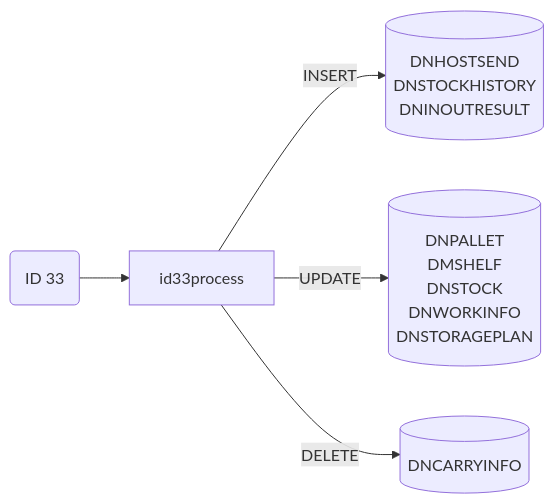
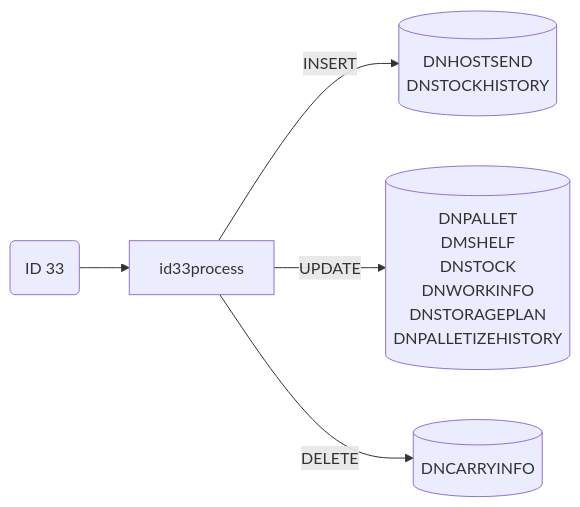
One commit to luthfiadityaa/SimeDarby-Wiki changed the second of 2 diagrams in Basic-Design/DFD-WMS/Storage/Palletizing-Settting/Batch-End.md. Above: the diagram before and after it, drawn with Mermaid.

Commit message:
Updated Batch End

```diff
--- a/Basic-Design/DFD-WMS/Storage/Palletizing-Settting/Batch-End.md
+++ b/Basic-Design/DFD-WMS/Storage/Palletizing-Settting/Batch-End.md
@@ -171,28 +171,28 @@
 ::: mermaid
 flowchart LR
 
 id33("
 ID 33
 ")
 
 id33-insert[("
 DNHOSTSEND
 DNSTOCKHISTORY
-DNINOUTRESULT
 ")]
 id33-update[("
 DNPALLET
 DMSHELF
 DNSTOCK
 DNWORKINFO
 DNSTORAGEPLAN
+DNPALLETIZEHISTORY
 ")]
 id33-delete[("
 DNCARRYINFO
 ")]
 
 id33-->id33process
 id33process--> |INSERT| id33-insert
 id33process--> |UPDATE| id33-update
 id33process--> |DELETE| id33-delete
 :::
```
